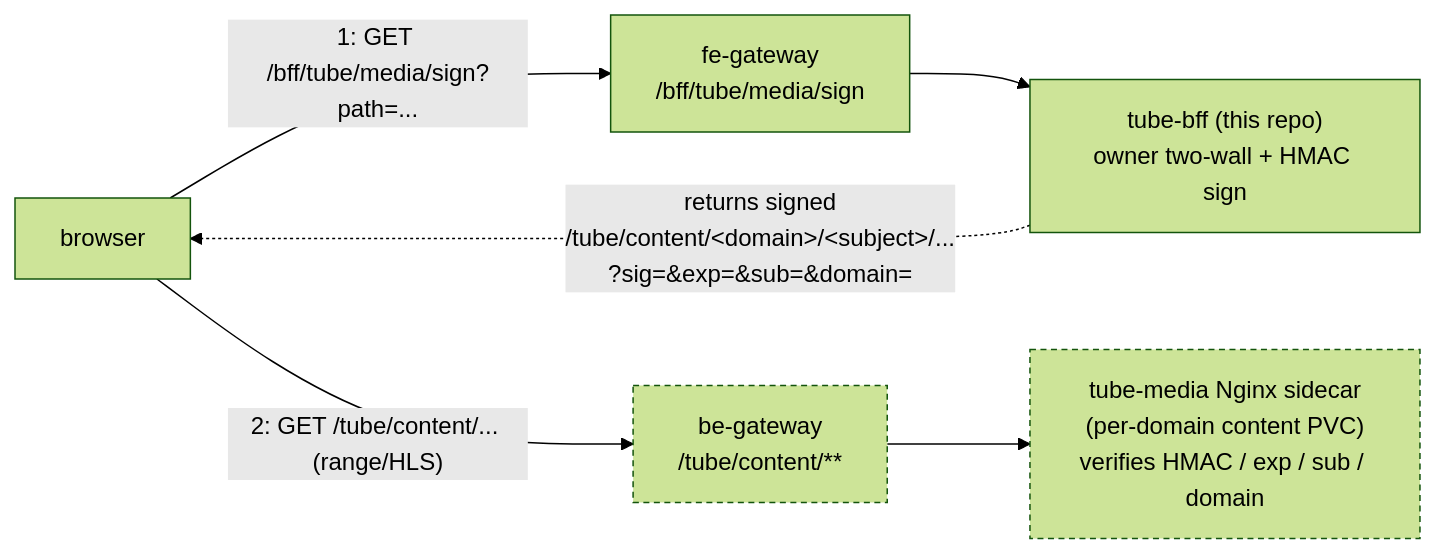
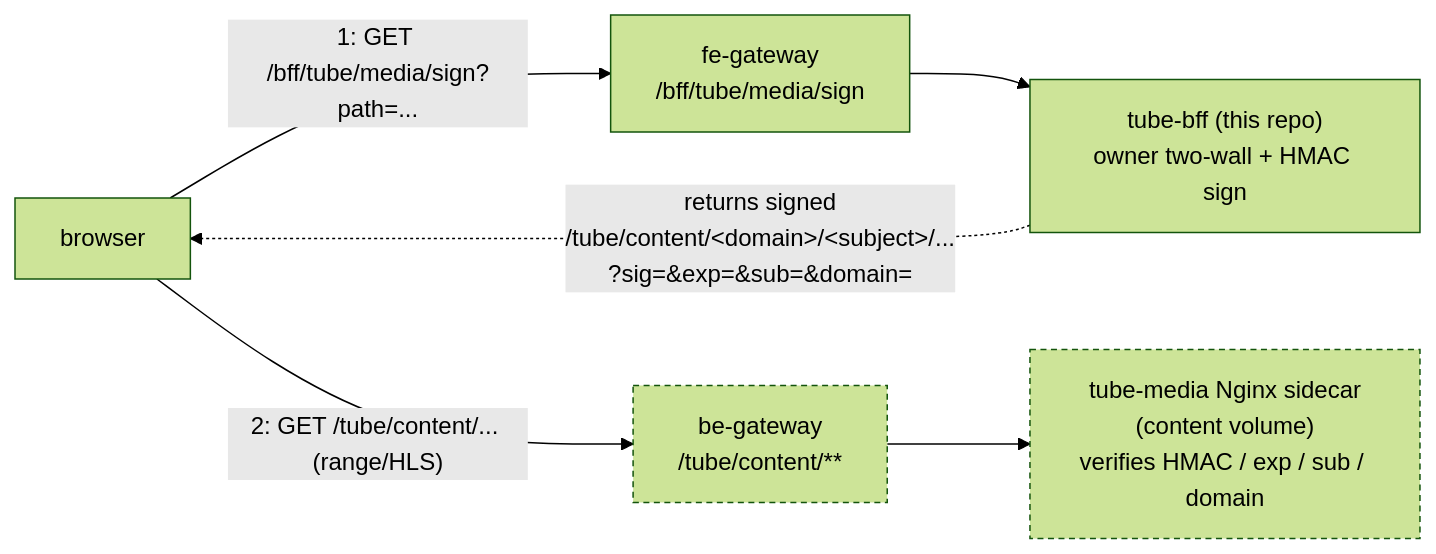
The second of 3 diagrams in README.md (hugmesh/hugmesh-tube-bff-api), drawn with Mermaid (forest theme) before and after one commit. The commit also changed other lines of this file, not shown here.

````diff
--- a/README.md
+++ b/README.md
@@ -105,15 +116,15 @@
 ```mermaid
 flowchart LR
     browser["browser"]
     fe["fe-gateway<br/>/bff/tube/media/sign"]
     bff["tube-bff (this repo)<br/>owner two-wall + HMAC sign"]
     be["be-gateway<br/>/tube/content/**"]
-    sidecar["tube-media Nginx sidecar<br/>(per-domain content PVC)<br/>verifies HMAC / exp / sub / domain"]
+    sidecar["tube-media Nginx sidecar<br/>(content volume)<br/>verifies HMAC / exp / sub / domain"]
 
     browser -->|"1: GET /bff/tube/media/sign?path=..."| fe --> bff
     bff -.->|"returns signed<br/>/tube/content/&lt;domain&gt;/&lt;subject&gt;/...<br/>?sig=&amp;exp=&amp;sub=&amp;domain="| browser
     browser -->|"2: GET /tube/content/... (range/HLS)"| be --> sidecar
 
-    classDef planned stroke-dasharray:4 3
-    class be,sidecar planned
+    classDef external stroke-dasharray:4 3
+    class be,sidecar external
 ```
````
